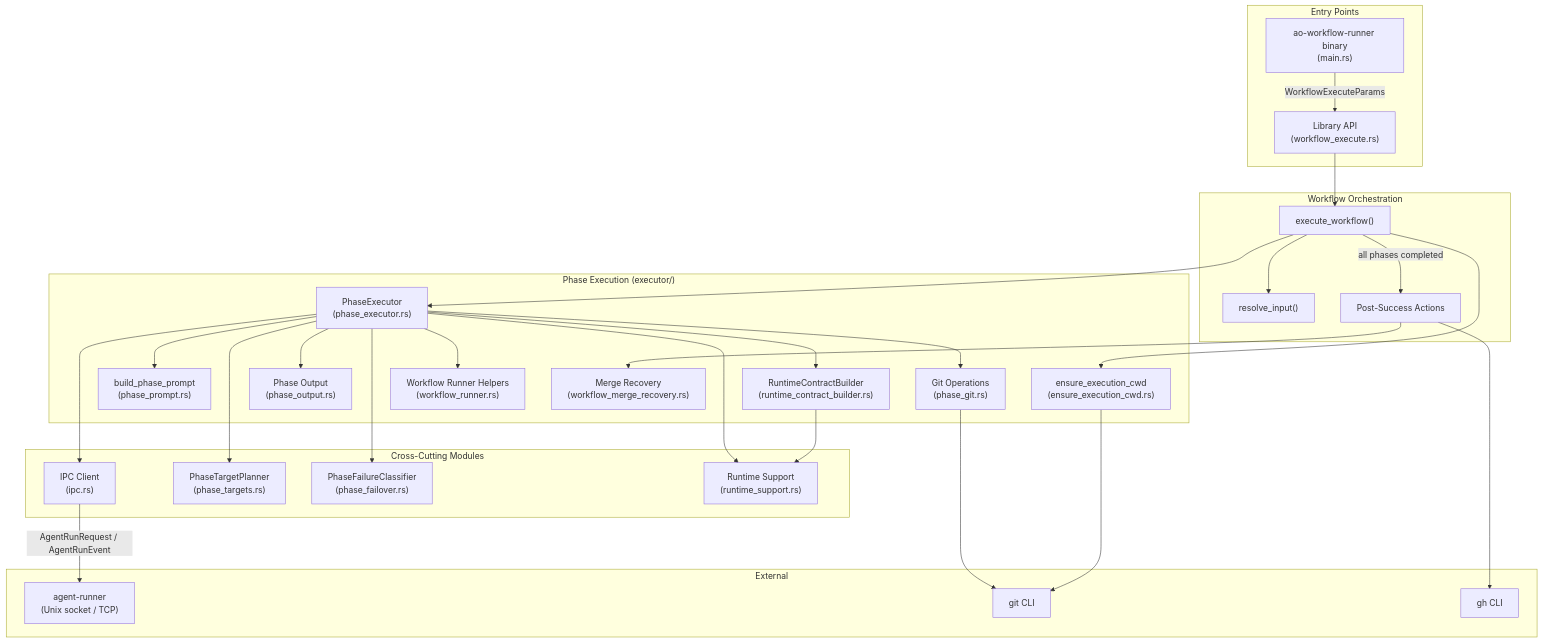
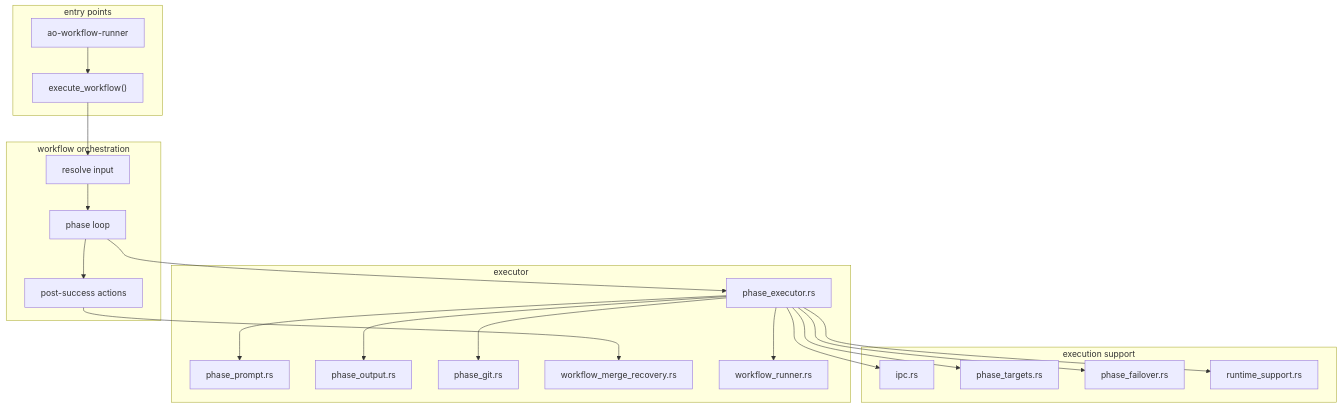
One commit to launchapp-dev/animus-cli changed the first of 2 diagrams in crates/workflow-runner/README.md. Above: the diagram before and after it, drawn with Mermaid. The commit also changed other lines of this file and 15 other files, not shown here.

````diff
--- a/crates/workflow-runner/README.md
+++ b/crates/workflow-runner/README.md
@@ -13,63 +16,42 @@
 ```mermaid
 graph TD
-    subgraph "Entry Points"
-        BIN["ao-workflow-runner binary<br/>(main.rs)"]
-        LIB["Library API<br/>(workflow_execute.rs)"]
+    subgraph "entry points"
+        BIN["ao-workflow-runner"]
+        EXEC["execute_workflow()"]
     end
 
-    BIN -->|"WorkflowExecuteParams"| LIB
-
-    subgraph "Workflow Orchestration"
-        WE["execute_workflow()"]
-        RI["resolve_input()"]
-        PS["Post-Success Actions"]
+    subgraph "workflow orchestration"
+        INPUT["resolve input"]
+        LOOP["phase loop"]
+        POSTS["post-success actions"]
     end
 
-    LIB --> WE
-    WE --> RI
-    WE -->|"all phases completed"| PS
-
-    subgraph "Phase Execution (executor/)"
-        PE["PhaseExecutor<br/>(phase_executor.rs)"]
-        CWD["ensure_execution_cwd<br/>(ensure_execution_cwd.rs)"]
-        PP["build_phase_prompt<br/>(phase_prompt.rs)"]
-        RC["RuntimeContractBuilder<br/>(runtime_contract_builder.rs)"]
-        PO["Phase Output<br/>(phase_output.rs)"]
-        PG["Git Operations<br/>(phase_git.rs)"]
-        WR["Workflow Runner Helpers<br/>(workflow_runner.rs)"]
-        MR["Merge Recovery<br/>(workflow_merge_recovery.rs)"]
+    subgraph "execution support"
+        IPC["ipc.rs"]
+        TARGETS["phase_targets.rs"]
+        FAIL["phase_failover.rs"]
+        RUNTIME["runtime_support.rs"]
     end
 
-    WE --> CWD
-    WE --> PE
-    PE --> PP
-    PE --> RC
-    PE --> PO
-    PE --> PG
-    PE --> WR
-    PS --> MR
-
-    subgraph "Cross-Cutting Modules"
-        IPC["IPC Client<br/>(ipc.rs)"]
-        PT["PhaseTargetPlanner<br/>(phase_targets.rs)"]
-        PF["PhaseFailureClassifier<br/>(phase_failover.rs)"]
-        RS["Runtime Support<br/>(runtime_support.rs)"]
+    subgraph "executor"
+        PHASE["phase_executor.rs"]
+        PROMPT["phase_prompt.rs"]
+        OUT["phase_output.rs"]
+        GIT["phase_git.rs"]
+        MERGE["workflow_merge_recovery.rs"]
+        REC["workflow_runner.rs"]
     end
 
-    PE --> IPC
-    PE --> PT
-    PE --> PF
-    PE --> RS
-    RC --> RS
-
-    subgraph "External"
-        RUNNER["agent-runner<br/>(Unix socket / TCP)"]
-        GIT["git CLI"]
-        GH["gh CLI"]
-    end
-
-    IPC -->|"AgentRunRequest / AgentRunEvent"| RUNNER
-    PG --> GIT
-    PS --> GH
-    CWD --> GIT
+    BIN --> EXEC
+    EXEC --> INPUT --> LOOP --> POSTS
+    LOOP --> PHASE
+    PHASE --> IPC
+    PHASE --> TARGETS
+    PHASE --> FAIL
+    PHASE --> RUNTIME
+    PHASE --> PROMPT
+    PHASE --> OUT
+    PHASE --> GIT
+    POSTS --> MERGE
+    PHASE --> REC
 ```
````
